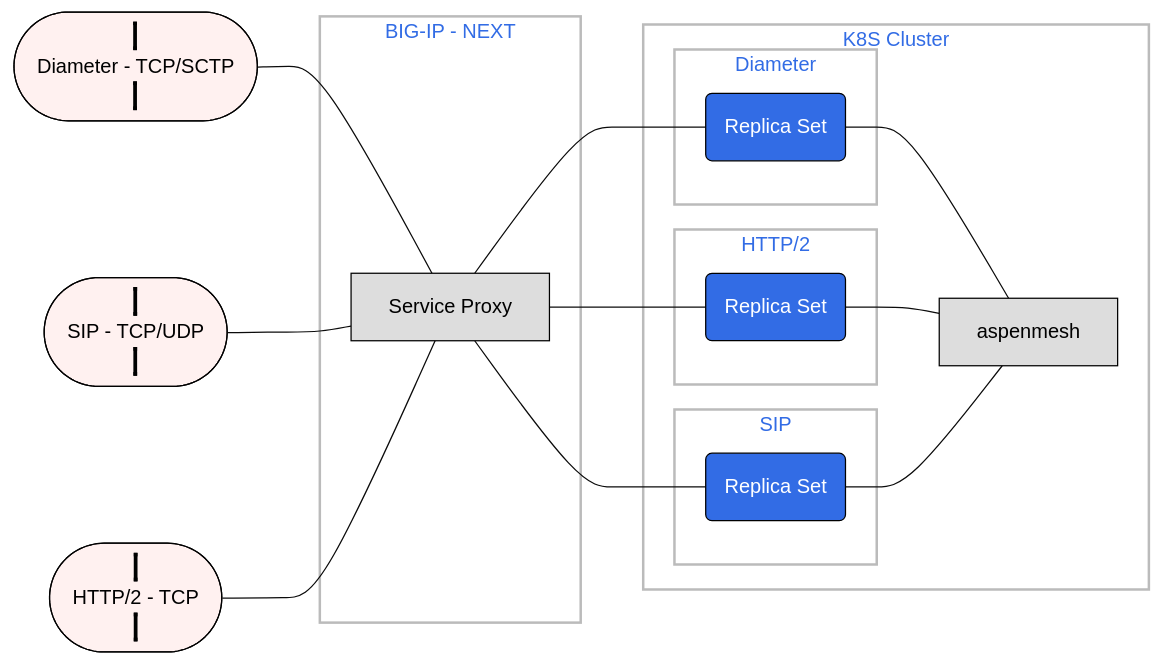
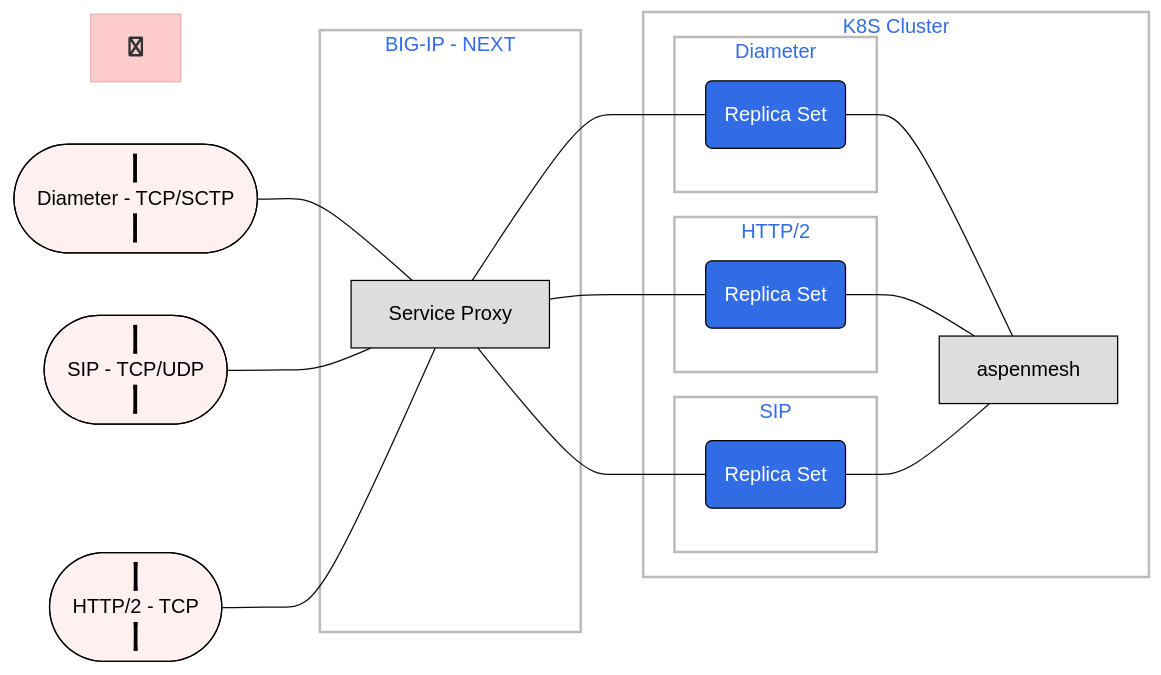
Before and after one commit to robinmordasiewicz/faq: the diagram in intro.mmd, drawn with Mermaid. The commit also changed 1 other file, not shown here.

```diff
--- a/intro.mmd
+++ b/intro.mmd
@@ -1,35 +1,38 @@
 %%{init: {'theme': 'base', 'themeVariables': { 'primaryColor': '#ffcccc', 'edgeLabelBackground':'#ffffee', 'tertiaryColor': '#fff0f0'}}}%%
 graph LR;
+
+    FONTAWESOME["fa:fa-gitlab"]
+
     a([Diameter - TCP/SCTP]) --- spk[Service Proxy]
     b([SIP - TCP/UDP]) --- spk
     c([HTTP/2 - TCP]) --- spk
 
     subgraph bigipnext [BIG-IP - NEXT]
         spk
     end
         spk --- pod1(Replica Set)
         spk --- pod2(Replica Set)
         spk --- pod3(Replica Set)
     subgraph k8scluster [K8S Cluster]
         subgraph "Diameter"
             pod1
         end
         subgraph "HTTP/2"
             pod2
         end
         subgraph "SIP"
             pod3
         end
         pod1 --- aspenmesh
         pod2 --- aspenmesh
         pod3 --- aspenmesh
     end
  
    classDef protocols fill:#fff1f0,stroke:#000000,stroke-width:1px,color:#000,border-style:solid;
    classDef f5 fill:#ddd,stroke:#000000,stroke-width:1px,color:#000;
    classDef k8s fill:#326ce5,stroke:#000000,stroke-width:1px,color:#ffffff;
    classDef cluster fill:#fff,stroke:#bbb,stroke-width:2px,color:#326ce5;
    class a,b,c protocols;
    class spk,aspenmesh f5;
    class pod1,pod2,pod3,pod4,pod5,pod6 k8s;
    class k8scluster cluster;
```
